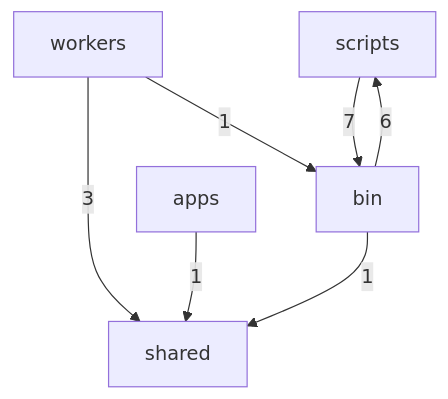
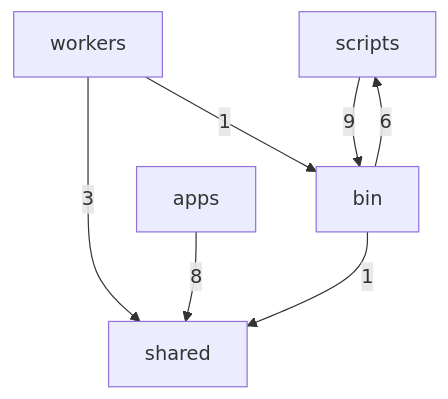
Before and after one commit to Sheshiyer/cambium: the diagram in docs/architecture/DEPENDENCY-GRAPH.md, drawn with Mermaid. The commit also changed other lines of this file and 3 other files, not shown here.

Commit message:
docs: record consolidation and refresh architecture assets

````diff
--- a/docs/architecture/DEPENDENCY-GRAPH.md
+++ b/docs/architecture/DEPENDENCY-GRAPH.md
@@ -8,9 +8,9 @@
 ```mermaid
 graph TD
-  scripts["scripts"] -->|7| bin["bin"]
+  scripts["scripts"] -->|9| bin["bin"]
+  apps["apps"] -->|8| shared["shared"]
   bin["bin"] -->|6| scripts["scripts"]
   workers["workers"] -->|3| shared["shared"]
-  apps["apps"] -->|1| shared["shared"]
   bin["bin"] -->|1| shared["shared"]
   workers["workers"] -->|1| bin["bin"]
 ```
````
